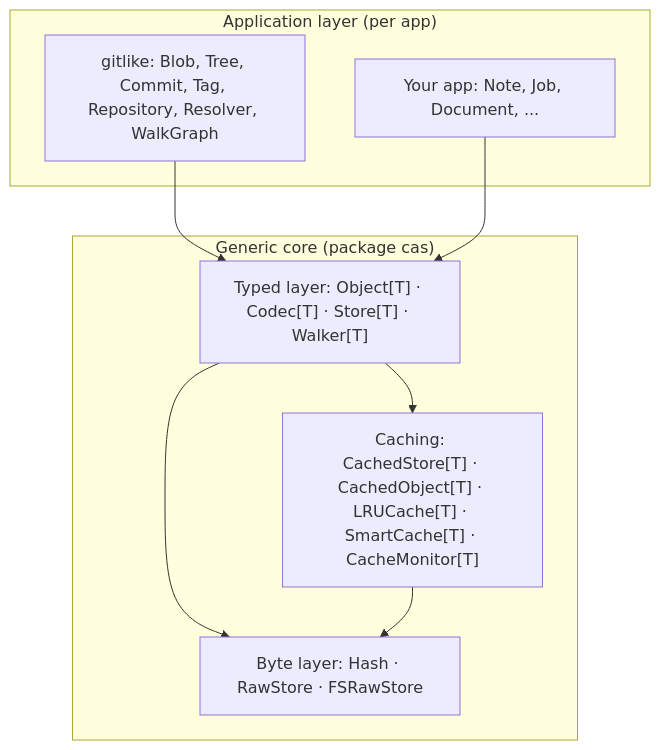
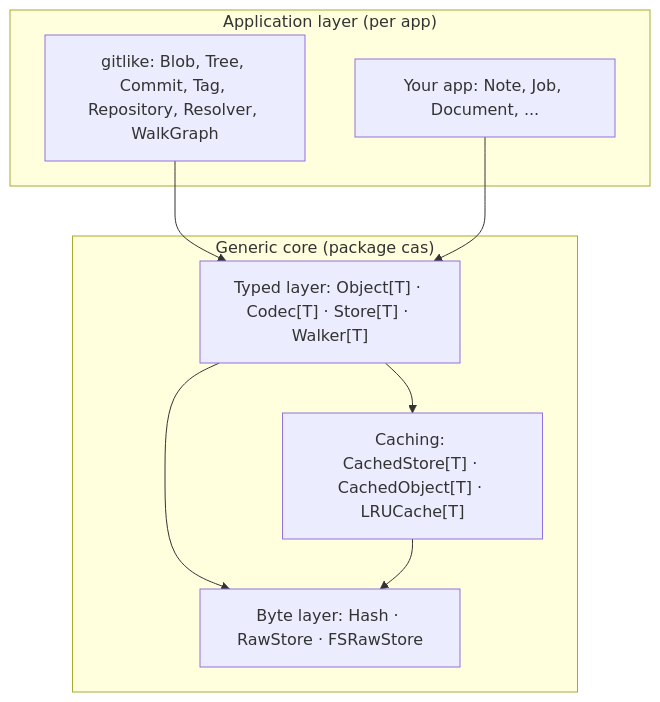
The diagram in .github/copilot-instructions.md (dmundt/go-cask), drawn with Mermaid before and after one commit. The commit also changed other lines of this file and 17 other files, not shown here.

````diff
--- a/.github/copilot-instructions.md
+++ b/.github/copilot-instructions.md
@@ -171,17 +172,17 @@
 ```mermaid
 flowchart TB
     subgraph APP["Application layer (per app)"]
         APP1["gitlike: Blob, Tree, Commit, Tag, Repository, Resolver, WalkGraph"]
         APP2["Your app: Note, Job, Document, ..."]
     end
     subgraph CORE["Generic core (package cas)"]
         TYPED["Typed layer: Object[T] · Codec[T] · Store[T] · Walker[T]"]
-        CACHE["Caching: CachedStore[T] · CachedObject[T] · LRUCache[T] · SmartCache[T] · CacheMonitor[T]"]
+        CACHE["Caching: CachedStore[T] · CachedObject[T] · LRUCache[T]"]
         BYTE["Byte layer: Hash · RawStore · FSRawStore"]
     end
     APP1 --> TYPED
     APP2 --> TYPED
     TYPED --> CACHE
     TYPED --> BYTE
     CACHE --> BYTE
 ```
````
